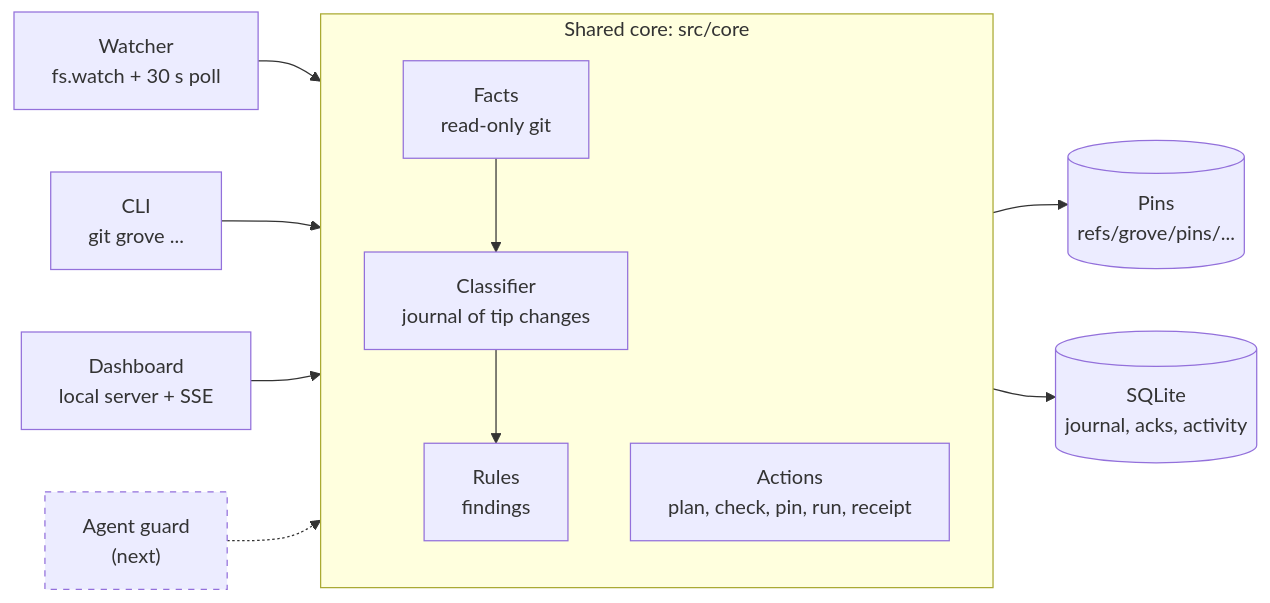
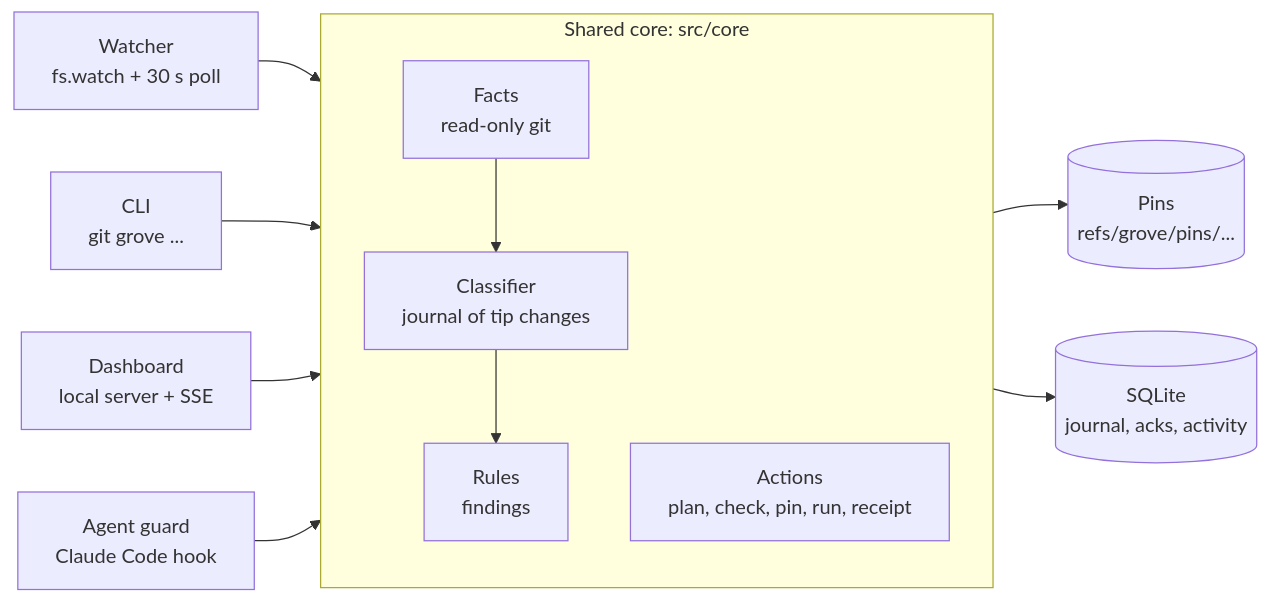
One commit to symaticvisuals/git-grove changed the diagram in README.md. Above: the diagram before and after it, drawn with Mermaid. The commit also changed other lines of this file and 3 other files, not shown here.

First line of the commit message:
docs: the agent guard in the README and the submission, and version 0.2.0

````diff
--- a/README.md
+++ b/README.md
@@ -46,19 +102,17 @@
 ```mermaid
 flowchart LR
   watcher["Watcher<br/>fs.watch + 30 s poll"]
   cli["CLI<br/>git grove ..."]
   dash["Dashboard<br/>local server + SSE"]
-  guard["Agent guard<br/>(next)"]
+  guard["Agent guard<br/>Claude Code hook"]
   subgraph core["Shared core: src/core"]
     facts["Facts<br/>read-only git"] --> classifier["Classifier<br/>journal of tip changes"] --> rules["Rules<br/>findings"]
     actions["Actions<br/>plan, check, pin, run, receipt"]
   end
   watcher --> core
   cli --> core
   dash --> core
-  guard -.-> core
+  guard --> core
   core --> pins[("Pins<br/>refs/grove/pins/...")]
   core --> db[("SQLite<br/>journal, acks, activity")]
-  classDef planned stroke-dasharray: 5 5
-  class guard planned
 ```
````
